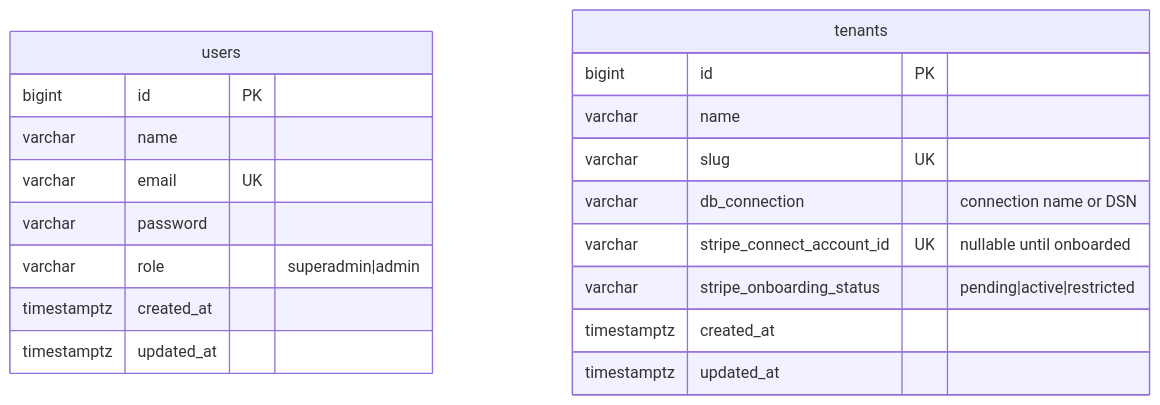
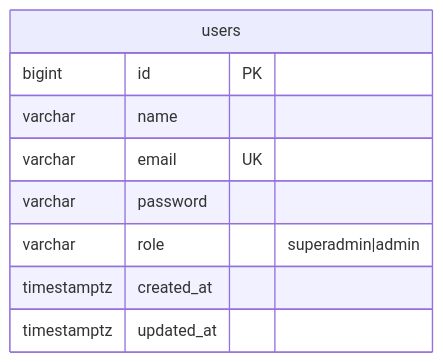
The fourth of 13 diagrams in docs/erd.md (MohammadShabaniSBU/unit-hq-api), drawn with Mermaid before and after one commit. The commit also changed other lines of this file and 102 other files, not shown here.

````diff
--- a/docs/erd.md
+++ b/docs/erd.md
@@ -128,23 +118,12 @@
 ```mermaid
 erDiagram
     users {
         bigint id PK
         varchar name
         varchar email UK
         varchar password
         varchar role "superadmin|admin"
         timestamptz created_at
         timestamptz updated_at
     }
-
-    tenants {
-        bigint id PK
-        varchar name
-        varchar slug UK
-        varchar db_connection "connection name or DSN"
-        varchar stripe_connect_account_id UK "nullable until onboarded"
-        varchar stripe_onboarding_status "pending|active|restricted"
-        timestamptz created_at
-        timestamptz updated_at
-    }
 ```
````
